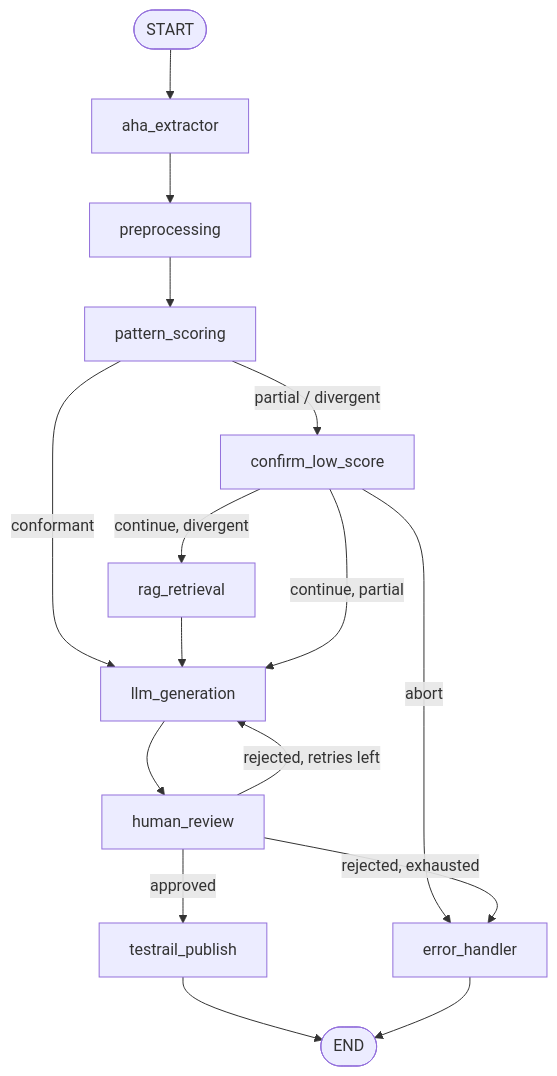
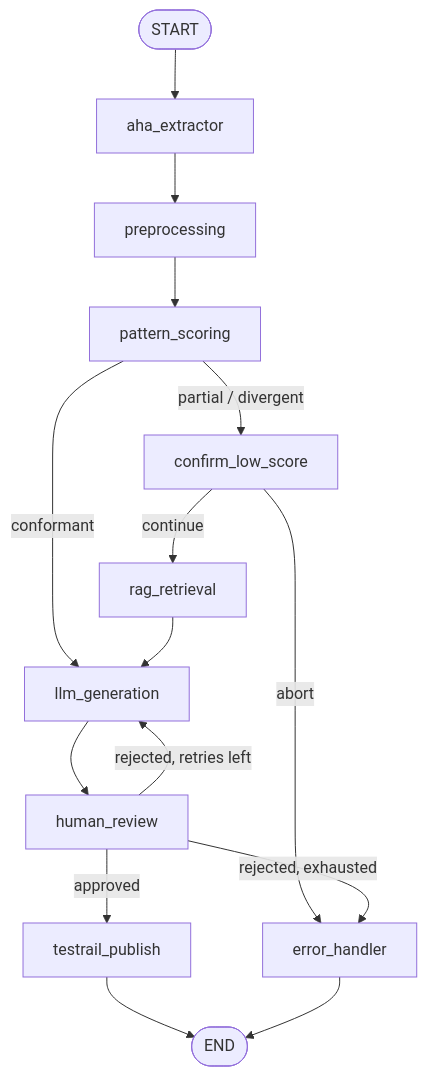
Before and after one commit to luiz-bonfioli/infoq-capstone: the diagram in docs/HOW_IT_WORKS.md, drawn with Mermaid. The commit also changed other lines of this file and 14 other files, not shown here.

````diff
--- a/docs/HOW_IT_WORKS.md
+++ b/docs/HOW_IT_WORKS.md
@@ -50,15 +52,14 @@
 ```mermaid
 flowchart TD
     START([START]) --> aha_extractor
     aha_extractor --> preprocessing --> pattern_scoring
     pattern_scoring -- conformant --> llm_generation
     pattern_scoring -- partial / divergent --> confirm_low_score
     confirm_low_score -- abort --> error_handler
-    confirm_low_score -- continue, divergent --> rag_retrieval --> llm_generation
-    confirm_low_score -- continue, partial --> llm_generation
+    confirm_low_score -- continue --> rag_retrieval --> llm_generation
     llm_generation --> human_review
     human_review -- approved --> testrail_publish --> END([END])
     human_review -- rejected, retries left --> llm_generation
     human_review -- rejected, exhausted --> error_handler
     error_handler --> END
 ```
````
